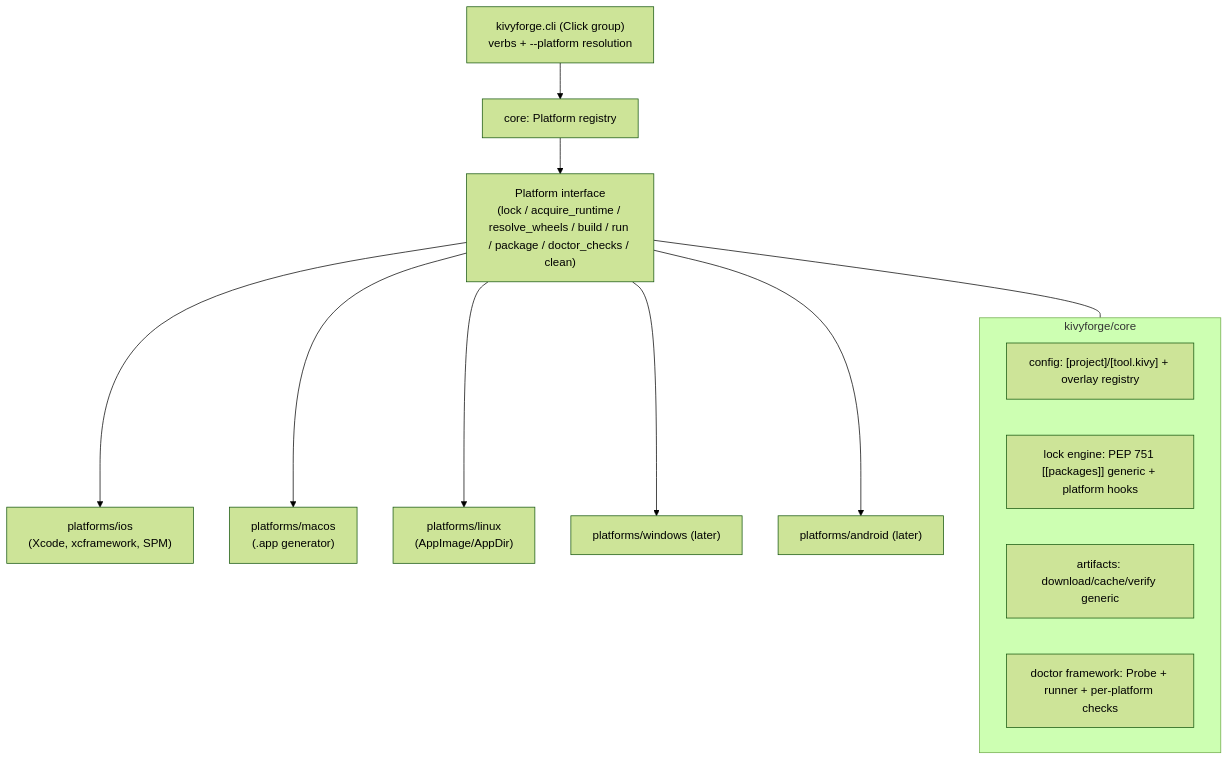
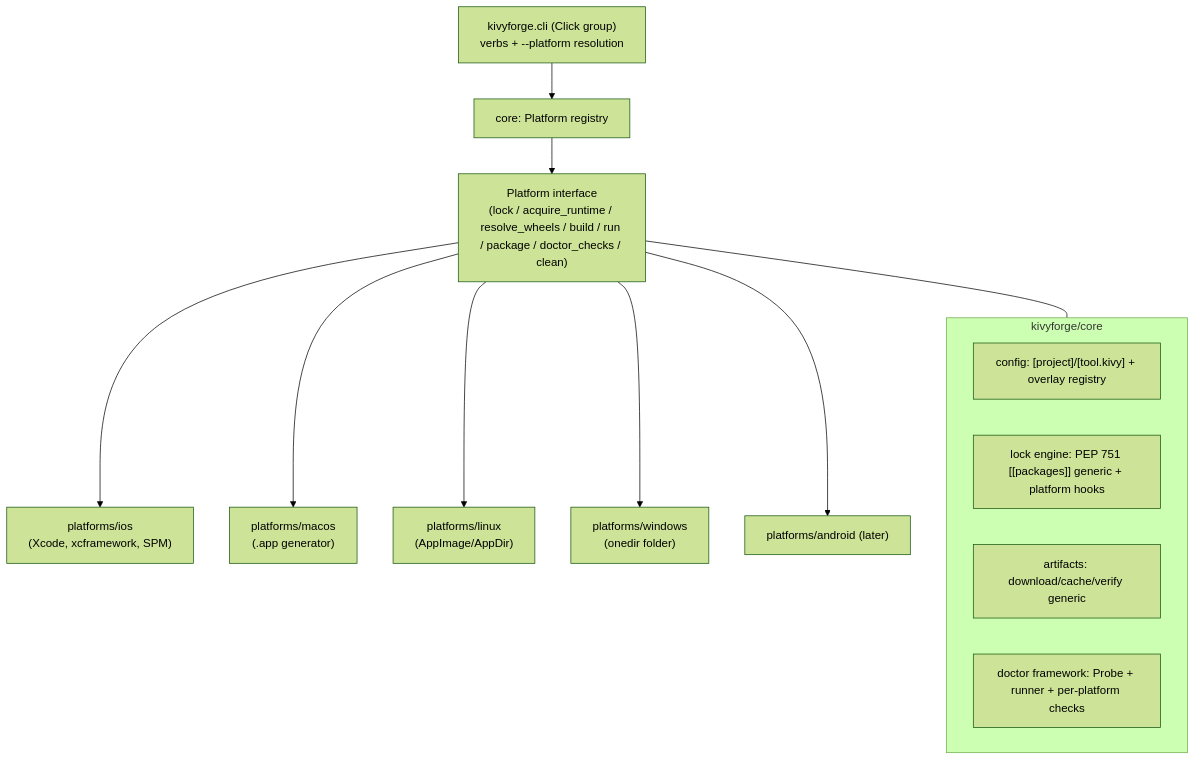
One commit to ElliotGarbus/kivyforge changed the diagram in docs/design/common/05-platform-architecture.md. Above: the diagram before and after it, drawn with Mermaid (forest theme). The commit also changed 103 other files, not shown here.

First line of the commit message:
feat(windows): implement Windows onedir backend

````diff
--- a/docs/design/common/05-platform-architecture.md
+++ b/docs/design/common/05-platform-architecture.md
@@ -5,17 +5,17 @@
 ```mermaid
 flowchart TD
     cli["kivyforge.cli (Click group)\nverbs + --platform resolution"] --> reg["core: Platform registry"]
     reg --> iface["Platform interface\n(lock / acquire_runtime / resolve_wheels / build / run / package / doctor_checks / clean)"]
     iface --> ios["platforms/ios\n(Xcode, xcframework, SPM)"]
     iface --> mac["platforms/macos\n(.app generator)"]
     iface --> lin["platforms/linux\n(AppImage/AppDir)"]
-    iface --> win["platforms/windows (later)"]
+    iface --> win["platforms/windows\n(onedir folder)"]
     iface --> andr["platforms/android (later)"]
     subgraph core [kivyforge/core]
       cfg["config: [project]/[tool.kivy] + overlay registry"]
       lock["lock engine: PEP 751 [[packages]] generic + platform hooks"]
       art["artifacts: download/cache/verify generic"]
       doc["doctor framework: Probe + runner + per-platform checks"]
     end
     iface --- core
 ```
````
